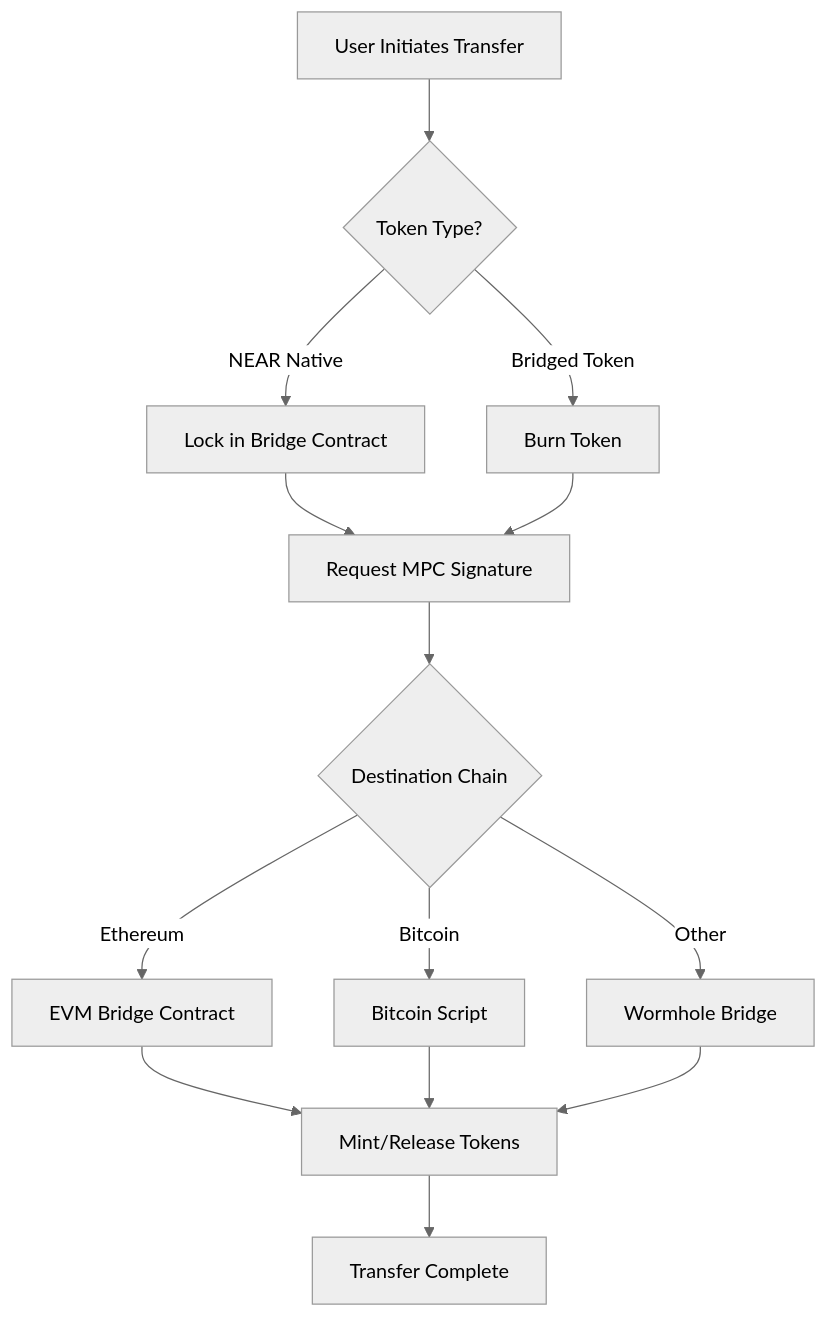
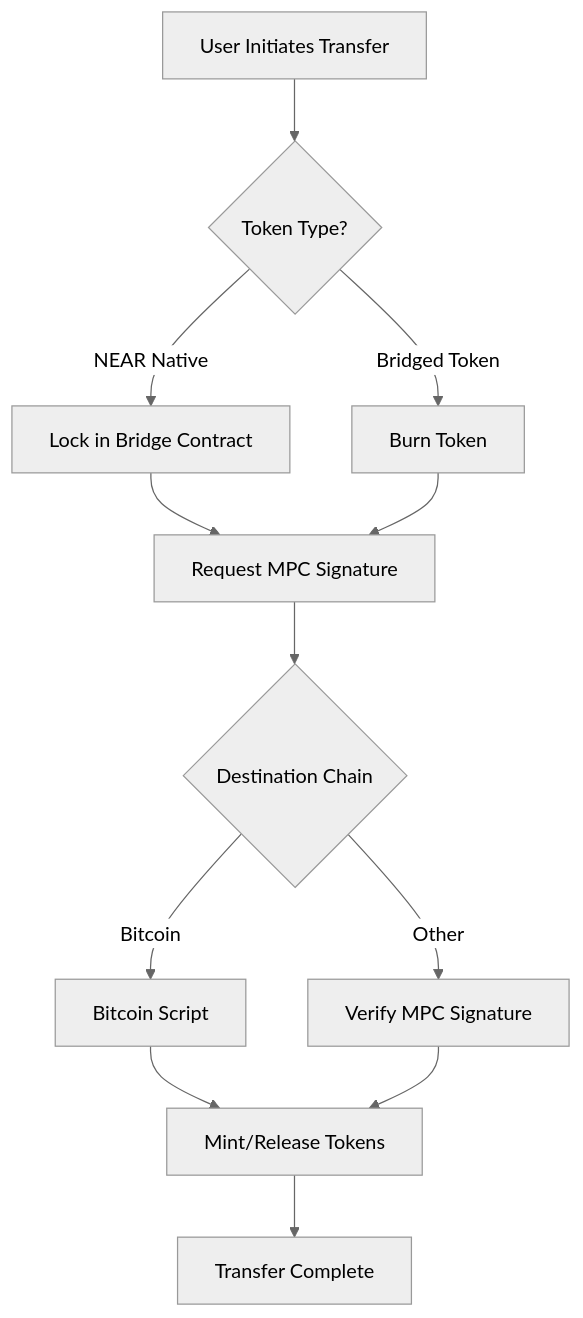
One commit to near/docs changed the second of 2 diagrams in docs/chain-abstraction/omnibridge/implementation.md. Above: the diagram before and after it, drawn with Mermaid (neutral theme).

````diff
--- a/docs/chain-abstraction/omnibridge/implementation.md
+++ b/docs/chain-abstraction/omnibridge/implementation.md
@@ -91,22 +91,20 @@
 ```mermaid
 flowchart TD
     Start[User Initiates Transfer] --> TokenCheck{Token Type?}
     
     TokenCheck -->|NEAR Native| Lock[Lock in Bridge Contract]
     TokenCheck -->|Bridged Token| Burn[Burn Token]
     
     Lock --> MPCSign[Request MPC Signature]
     Burn --> MPCSign
     
     MPCSign --> Chain{Destination Chain}
     
-    Chain -->|Ethereum| EVMBridge[EVM Bridge Contract]
     Chain -->|Bitcoin| BTCBridge[Bitcoin Script]
-    Chain -->|Other| WormBridge[Wormhole Bridge]
+    Chain -->|Other| OtherBridge[Verify MPC Signature]
     
-    EVMBridge --> Mint[Mint/Release Tokens]
-    BTCBridge --> Mint
-    WormBridge --> Mint
+    BTCBridge --> Mint[Mint/Release Tokens]
+    OtherBridge --> Mint
     
     Mint --> End[Transfer Complete]
 ```
````
